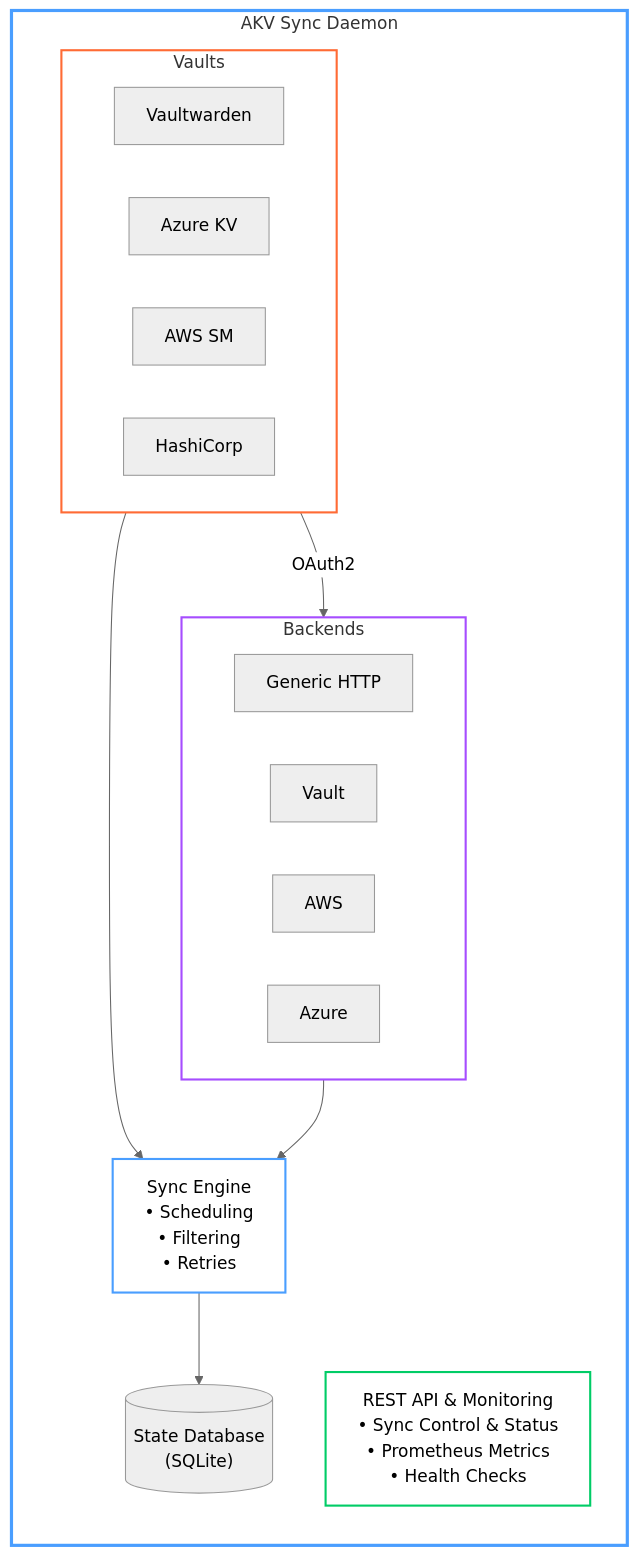
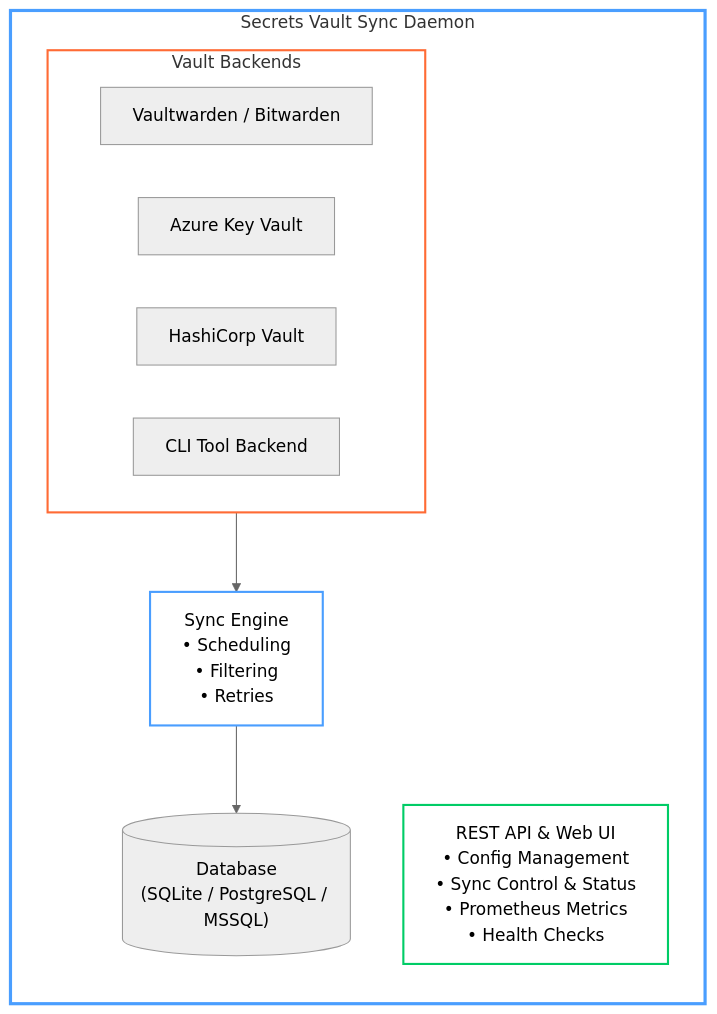
Before and after one commit to pacorreia/vaults-syncer: the diagram in docs/index.md, drawn with Mermaid (neutral theme). The commit also changed other lines of this file and 11 other files, not shown here.

First line of the commit message:
docs: comprehensive accuracy review - fix endpoints, vault types, config mechanism, CLI flags, build instructions

````diff
--- a/docs/index.md
+++ b/docs/index.md
@@ -106,38 +109,27 @@
 ```mermaid
 graph TB
-    subgraph daemon["AKV Sync Daemon"]
+    subgraph daemon["Secrets Vault Sync Daemon"]
         direction TB
         
-        subgraph vaults["Vaults"]
-            vw["Vaultwarden"]
-            akv["Azure KV"]
-            aws["AWS SM"]
-            hc["HashiCorp"]
+        subgraph vaults["Vault Backends"]
+            vw["Vaultwarden / Bitwarden"]
+            akv["Azure Key Vault"]
+            hc["HashiCorp Vault"]
+            tool["CLI Tool Backend"]
         end
-        
-        subgraph backends["Backends"]
-            http["Generic HTTP"]
-            vault["Vault"]
-            awsb["AWS"]
-            azure["Azure"]
-        end
-        
-        vaults -->|OAuth2| backends
         
         engine["Sync Engine<br/>• Scheduling<br/>• Filtering<br/>• Retries"]
         
         vaults --> engine
-        backends --> engine
         
-        db[("State Database<br/>(SQLite)")]
+        db[("Database<br/>(SQLite / PostgreSQL / MSSQL)")]
         engine --> db
         
-        api["REST API & Monitoring<br/>• Sync Control & Status<br/>• Prometheus Metrics<br/>• Health Checks"]
+        api["REST API & Web UI<br/>• Config Management<br/>• Sync Control & Status<br/>• Prometheus Metrics<br/>• Health Checks"]
     end
     
     style daemon fill:none,stroke:#4a9eff,stroke-width:3px
     style engine fill:none,stroke:#4a9eff,stroke-width:2px
     style vaults fill:none,stroke:#ff6b35,stroke-width:2px
-    style backends fill:none,stroke:#a64dff,stroke-width:2px
     style api fill:none,stroke:#00cc66,stroke-width:2px
 ```
````
